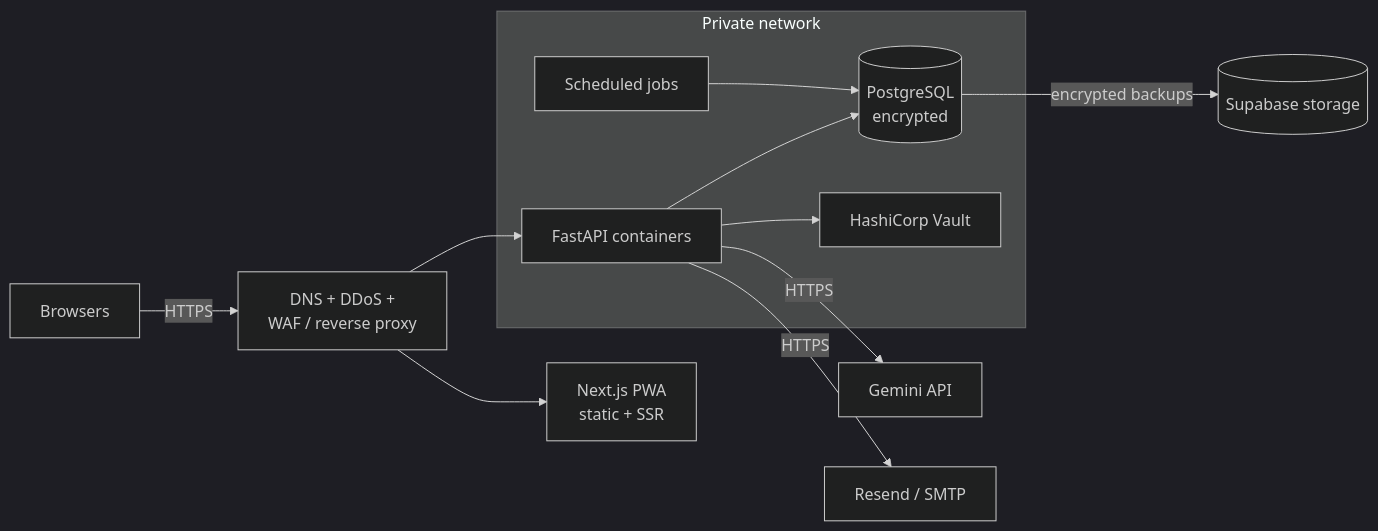
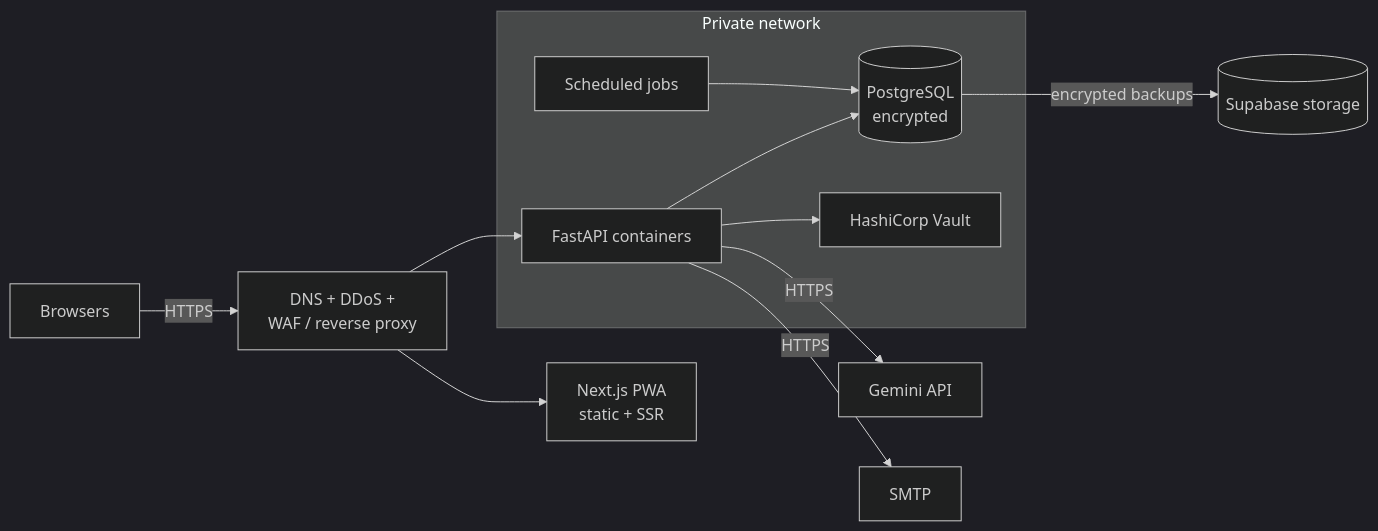
One commit to akirachix/prism-technical-documentation changed the first of 2 diagrams in docs/platform/index.md. Above: the diagram before and after it, drawn with Mermaid (dark theme). The commit also changed other lines of this file and 154 other files, not shown here.

````diff
--- a/docs/platform/index.md
+++ b/docs/platform/index.md
@@ -23,14 +27,14 @@
 ```mermaid
 flowchart LR
     U[Browsers] -->|HTTPS| EDGE[DNS + DDoS +<br/>WAF / reverse proxy]
     EDGE --> FE[Next.js PWA<br/>static + SSR]
     EDGE --> API[FastAPI containers]
     subgraph VPC["Private network"]
         API --> PG[(PostgreSQL<br/>encrypted)]
         API --> VAULT[HashiCorp Vault]
         JOBS[Scheduled jobs] --> PG
     end
     PG -->|encrypted backups| SB[(Supabase storage)]
     API -->|HTTPS| GEM[Gemini API]
-    API -->|HTTPS| MAIL[Resend / SMTP]
+    API -->|HTTPS| MAIL[SMTP]
 ```
````
